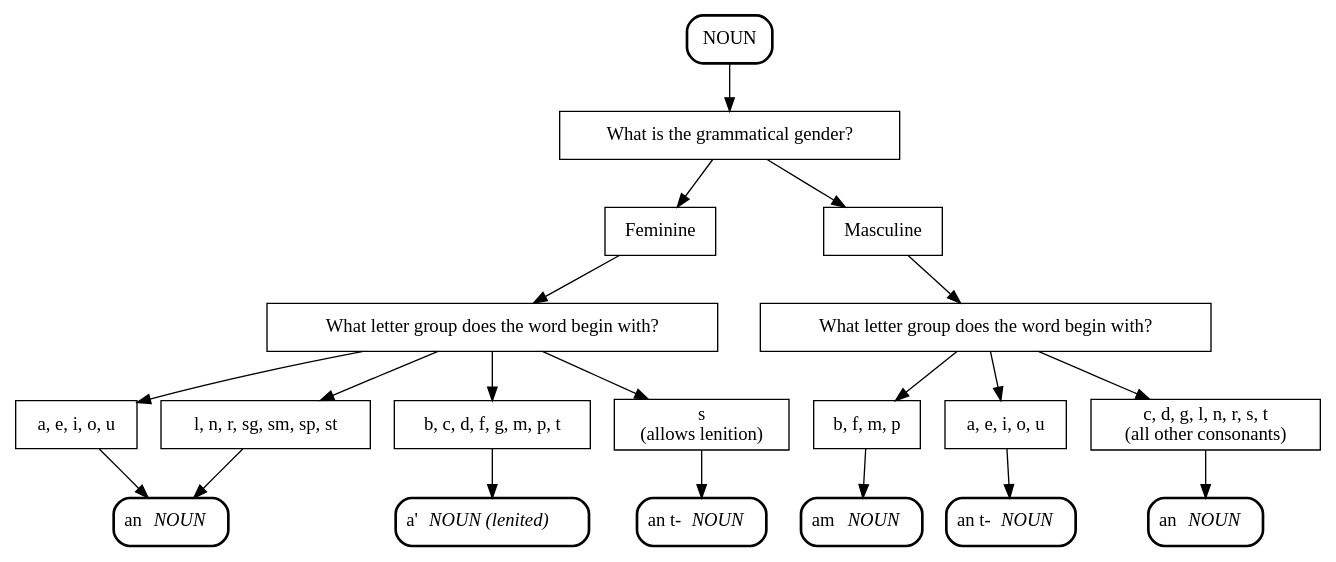
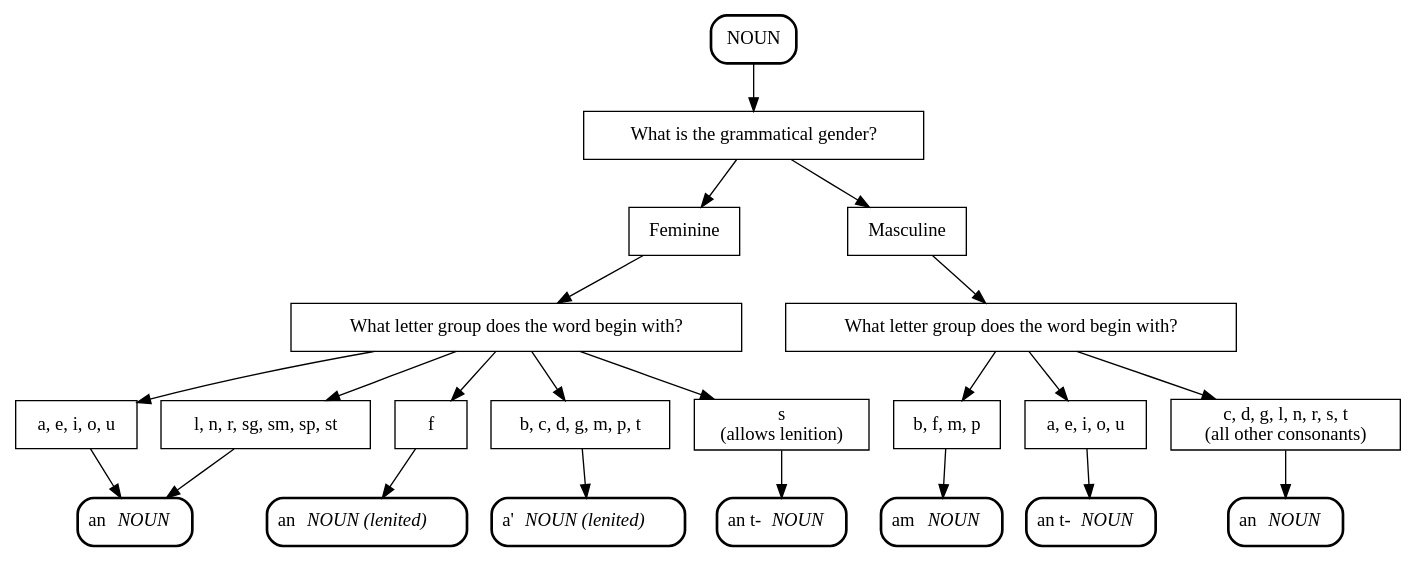
The diagram in gaelic_diagrams/nouns/definite_article_nominal_case.dot (ComputationalGaelic/GaelicDiagrams), drawn with Graphviz before and after one commit.

Commit message:
f rule added

```diff
--- a/gaelic_diagrams/nouns/definite_article_nominal_case.dot
+++ b/gaelic_diagrams/nouns/definite_article_nominal_case.dot
@@ -1,48 +1,52 @@
 digraph definite_article_nominal_case {
 	node [shape = box];
 	/* nodes */
 	START				[label="NOUN", style="rounded, bold"];
 	gender				[label="What is the grammatical gender?"];
 	feminine			[label="Feminine"];
 	masculine			[label="Masculine"];
 	first_letter_f		[label="What letter group does the word begin with?"];
 	first_letter_m		[label="What letter group does the word begin with?"];
 	bfmp_group_m		[label="b, f, m, p"];
 	vowel_group_f		[label="a, e, i, o, u"];
+	f_group_f		    [label="f"];
 	vowel_group_m		[label="a, e, i, o, u"];
 	consonants_group_m  [label="c, d, g, l, n, r, s, t\n(all other consonants)"];
-	lenition_group		[label="b, c, d, f, g, m, p, t"];
+	lenition_group		[label="b, c, d, g, m, p, t"];
 	non_lenition_group	[label="l, n, r, sg, sm, sp, st"];
 	lenition_s			[label="s\n(allows lenition)"];
 	article_am_m        [label=<am <i>NOUN</i>>, style="rounded, bold"];
 	article_an_m        [label=<an <i>NOUN</i>>, style="rounded, bold"];
 	article_an_t_m      [label=<an t-<i>NOUN</i>>, style="rounded, bold"];
 	article_an_f        [label=<an <i>NOUN</i>>, style="rounded, bold"];
+	article_an_h_f      [label=<an <i>NOUN (lenited)</i>>, style="rounded, bold"];
 	article_an_t_f      [label=<an t-<i>NOUN</i>>, style="rounded, bold"];
 	article_a_h         [label=<a' <i>NOUN (lenited)</i>>, style="rounded, bold"];
 	/* graph */
 	START -> gender;
 	/* masculine */
 	gender -> masculine;
 	masculine -> first_letter_m;
 	first_letter_m -> vowel_group_m;
 	first_letter_m -> bfmp_group_m;
 	first_letter_m -> consonants_group_m;
 	vowel_group_m -> article_an_t_m;
 	bfmp_group_m -> article_am_m;
 	consonants_group_m -> article_an_m;
 	/* feminine */
 	gender -> feminine;
 	feminine -> first_letter_f;
 	first_letter_f -> vowel_group_f;
+	first_letter_f -> f_group_f;
 	first_letter_f -> lenition_group;
 	first_letter_f -> non_lenition_group;
 	first_letter_f -> lenition_s;
 	vowel_group_f -> article_an_f;
+	f_group_f -> article_an_h_f;
 	lenition_group -> article_a_h;
 	non_lenition_group -> article_an_f;
 	lenition_s -> article_an_t_f;
 	/* layout */
 	{rank=same; feminine, masculine}
 	{rank=same; first_letter_f, first_letter_m}
 }
```
